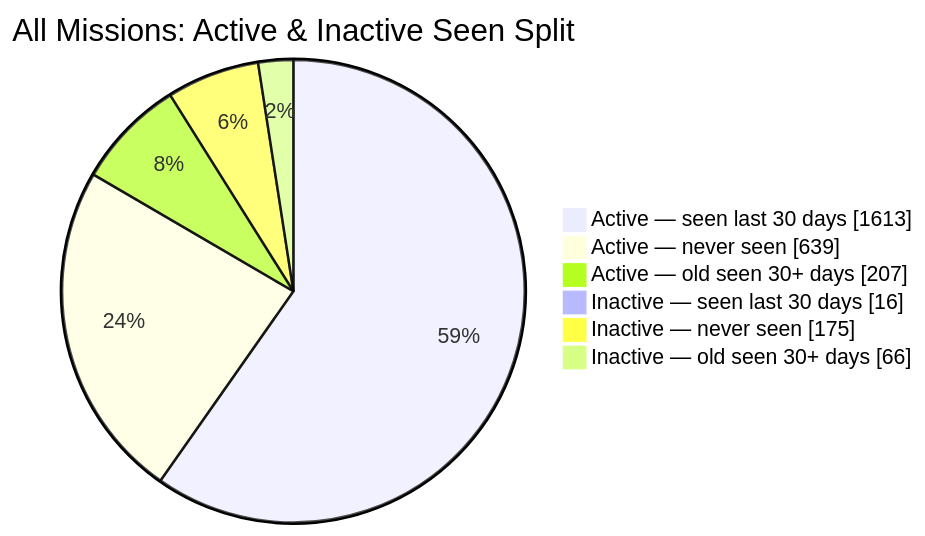
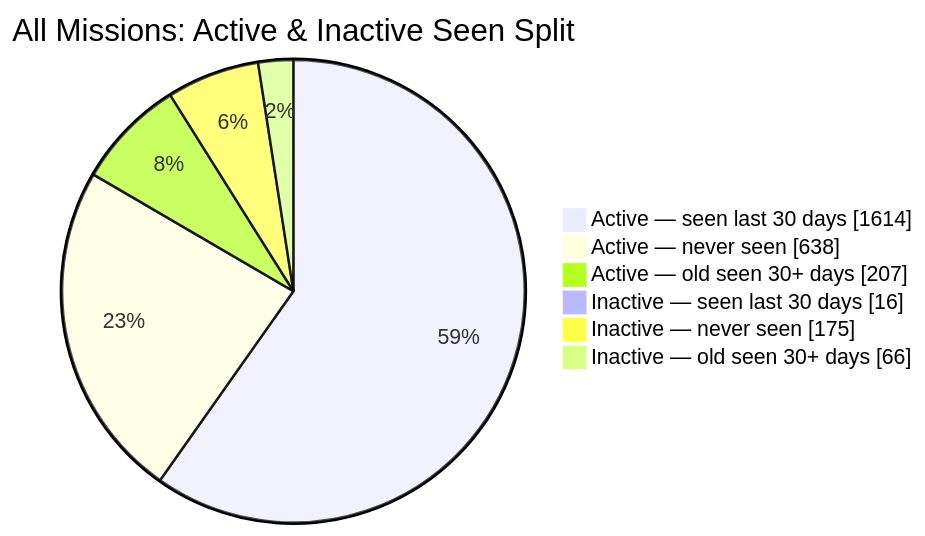
The second of 2 diagrams in README.md (MeldkamerspelGameTeam/active-missions), drawn with Mermaid before and after one commit. The commit also changed other lines of this file and 2 other files, not shown here.

````diff
--- a/README.md
+++ b/README.md
@@ -44,10 +44,10 @@
 ```mermaid
 pie showData
     title All Missions: Active & Inactive Seen Split
-    "Active — seen last 30 days" : 1613
-    "Active — never seen" : 639
+    "Active — seen last 30 days" : 1614
+    "Active — never seen" : 638
     "Active — old seen 30+ days" : 207
     "Inactive — seen last 30 days" : 16
     "Inactive — never seen" : 175
     "Inactive — old seen 30+ days" : 66
 ```
````
